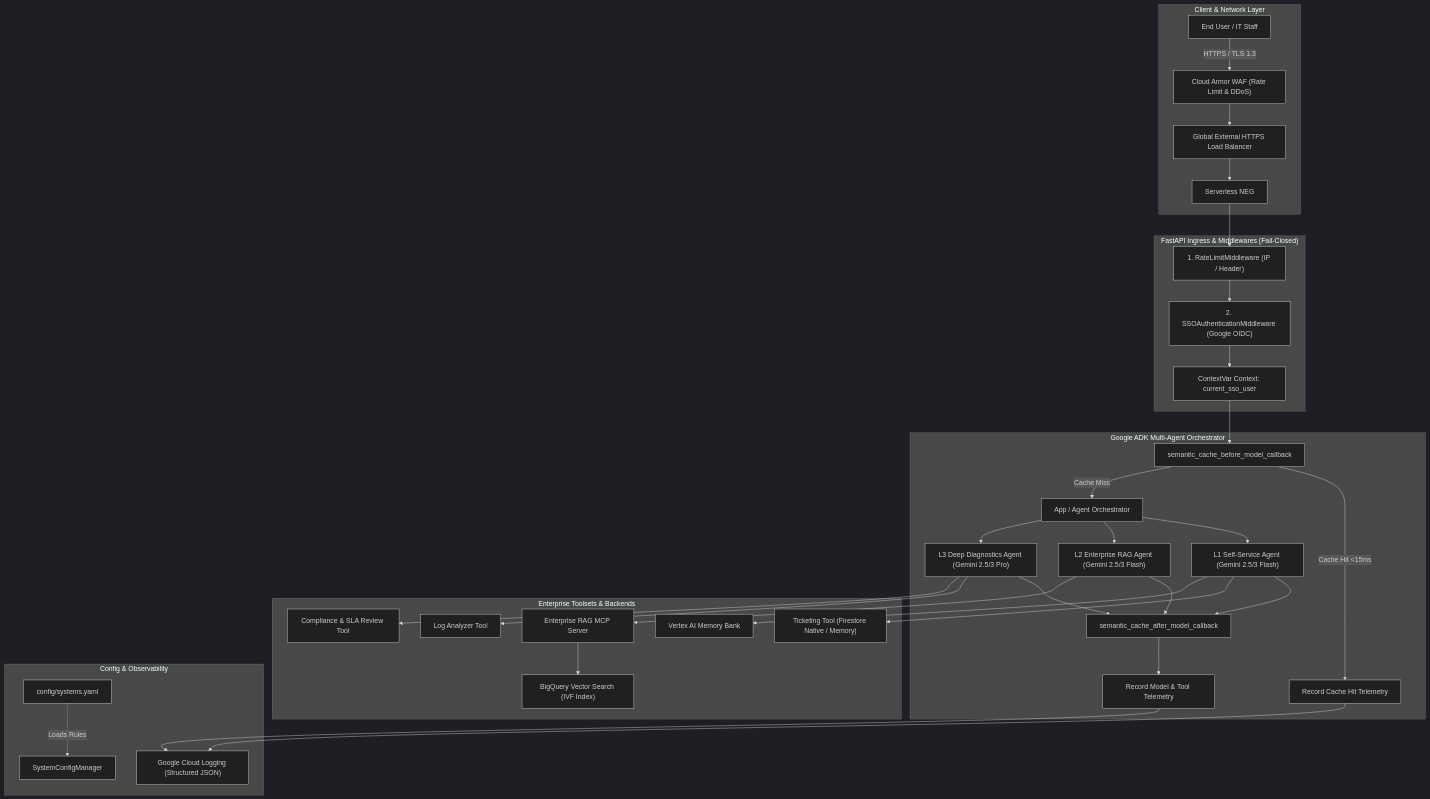
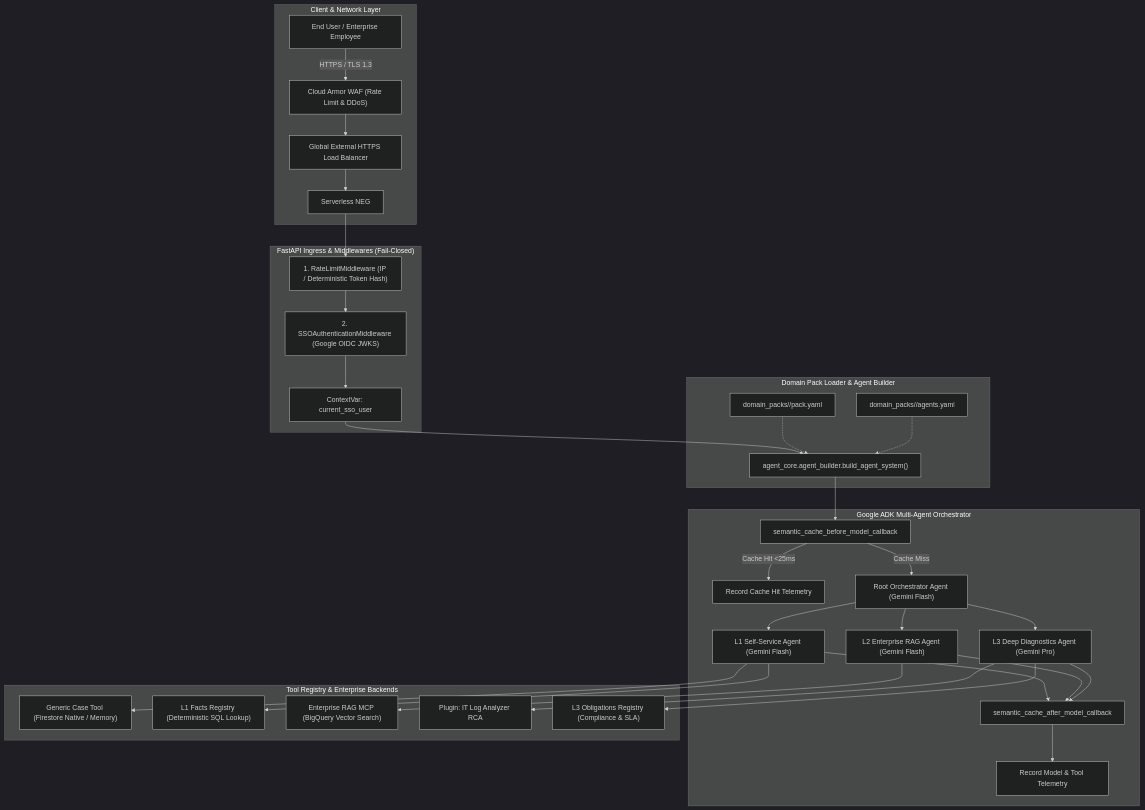
The first of 3 diagrams in Technical_Specification.md (TrongDucLuu/enterprise-multi-agent-platform), drawn with Mermaid (dark theme) before and after one commit. The commit also changed other lines of this file and 1 other file, not shown here.

````diff
--- a/Technical_Specification.md
+++ b/Technical_Specification.md
@@ -43,44 +42,43 @@
 ```mermaid
 flowchart TD
     subgraph ClientLayer ["Client & Network Layer"]
-        User["End User / IT Staff"] -->|HTTPS / TLS 1.3| CloudArmor["Cloud Armor WAF (Rate Limit & DDoS)"]
+        User["End User / Enterprise Employee"] -->|HTTPS / TLS 1.3| CloudArmor["Cloud Armor WAF (Rate Limit & DDoS)"]
         CloudArmor --> ExtLB["Global External HTTPS Load Balancer"]
         ExtLB --> ServerlessNEG["Serverless NEG"]
     end
 
     subgraph MiddlewareLayer ["FastAPI Ingress & Middlewares (Fail-Closed)"]
-        ServerlessNEG --> RateLimitMW["1. RateLimitMiddleware (IP / Header)"]
-        RateLimitMW --> SSOMW["2. SSOAuthenticationMiddleware (Google OIDC)"]
-        SSOMW --> ContextVar["ContextVar Context: current_sso_user"]
+        ServerlessNEG --> RateLimitMW["1. RateLimitMiddleware (IP / Deterministic Token Hash)"]
+        RateLimitMW --> SSOMW["2. SSOAuthenticationMiddleware (Google OIDC JWKS)"]
+        SSOMW --> ContextVar["ContextVar: current_sso_user"]
+    end
+
+    subgraph DomainResolution ["Domain Pack Loader & Agent Builder"]
+        ContextVar --> Builder["agent_core.agent_builder.build_agent_system()"]
+        YAML_Pack["domain_packs/<pack_id>/pack.yaml"] -.-> Builder
+        YAML_Agents["domain_packs/<pack_id>/agents.yaml"] -.-> Builder
     end
 
     subgraph AgentRuntime ["Google ADK Multi-Agent Orchestrator"]
-        ContextVar --> BeforeCB["semantic_cache_before_model_callback"]
-        BeforeCB -->|Cache Hit <15ms| TelemetryCache["Record Cache Hit Telemetry"]
-        BeforeCB -->|Cache Miss| Router["App / Agent Orchestrator"]
+        Builder --> BeforeCB["semantic_cache_before_model_callback"]
+        BeforeCB -->|Cache Hit <25ms| TelemetryCache["Record Cache Hit Telemetry"]
+        BeforeCB -->|Cache Miss| RootAgent["Root Orchestrator Agent (Gemini Flash)"]
         
-        Router --> L1["L1 Self-Service Agent (Gemini 2.5/3 Flash)"]
-        Router --> L2["L2 Enterprise RAG Agent (Gemini 2.5/3 Flash)"]
-        Router --> L3["L3 Deep Diagnostics Agent (Gemini 2.5/3 Pro)"]
+        RootAgent --> Sub1["L1 Self-Service Agent (Gemini Flash)"]
+        RootAgent --> Sub2["L2 Enterprise RAG Agent (Gemini Flash)"]
+        RootAgent --> Sub3["L3 Deep Diagnostics Agent (Gemini Pro)"]
         
-        L1 --> AfterCB["semantic_cache_after_model_callback"]
-        L2 --> AfterCB
-        L3 --> AfterCB
+        Sub1 --> AfterCB["semantic_cache_after_model_callback"]
+        Sub2 --> AfterCB
+        Sub3 --> AfterCB
         AfterCB --> TelemetryModel["Record Model & Tool Telemetry"]
     end
 
-    subgraph EnterpriseBackends ["Enterprise Toolsets & Backends"]
-        L1 --> Ticketing["Ticketing Tool (Firestore Native / Memory)"]
-        L1 --> MemoryBank["Vertex AI Memory Bank"]
-        L2 --> RAG_MCP["Enterprise RAG MCP Server"]
-        RAG_MCP --> BigQuery["BigQuery Vector Search (IVF Index)"]
-        L3 --> LogAnalyzer["Log Analyzer Tool"]
-        L3 --> ComplianceTool["Compliance & SLA Review Tool"]
-    end
-
-    subgraph ConfigAndTelemetry ["Config & Observability"]
-        YAML["config/systems.yaml"] -.->|Loads Rules| SystemConfigMgr["SystemConfigManager"]
-        TelemetryCache --> CloudLogging["Google Cloud Logging (Structured JSON)"]
-        TelemetryModel --> CloudLogging
+    subgraph ToolRegistryBackends ["Tool Registry & Enterprise Backends"]
+        Sub1 --> CaseTool["Generic Case Tool (Firestore Native / Memory)"]
+        Sub1 --> FactTool["L1 Facts Registry (Deterministic SQL Lookup)"]
+        Sub2 --> RAG_MCP["Enterprise RAG MCP (BigQuery Vector Search)"]
+        Sub3 --> PluginLog["Plugin: IT Log Analyzer RCA"]
+        Sub3 --> ObligationTool["L3 Obligations Registry (Compliance & SLA)"]
     end
 ```
````
